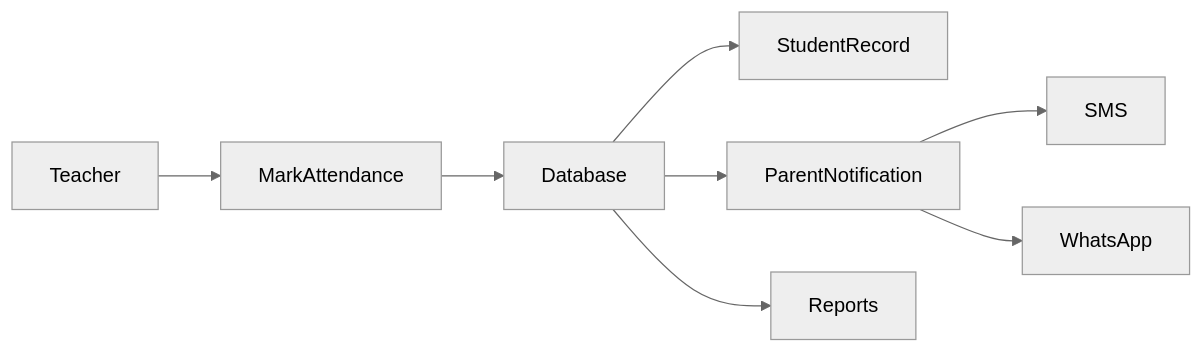
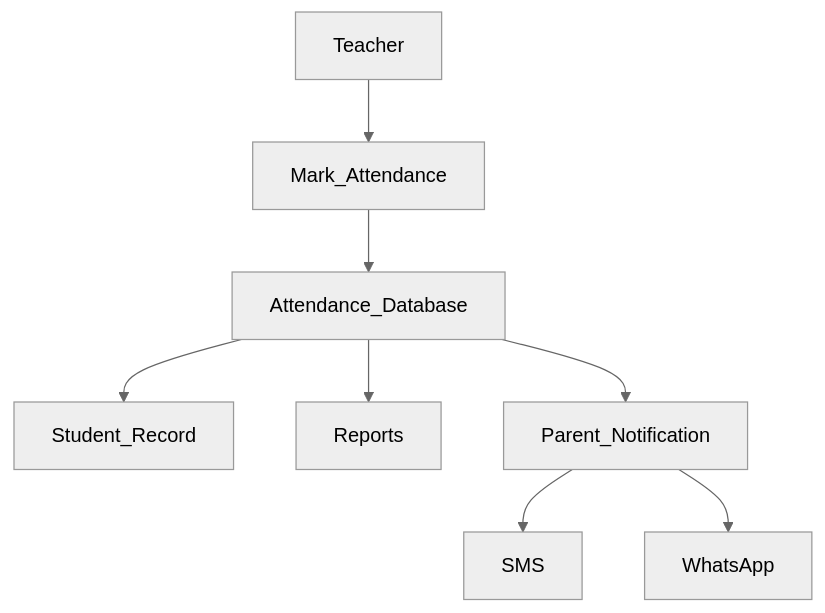
Before and after one commit to Edviora-Organization/.github: the second of 7 diagrams in profile/README.md, drawn with Mermaid (neutral theme). The commit also changed other lines of this file, not shown here.

````diff
--- a/profile/README.md
+++ b/profile/README.md
@@ -314,17 +225,11 @@
 ```mermaid
-flowchart LR
+flowchart TD
 
-Teacher --> MarkAttendance
-
-MarkAttendance --> Database
-
-Database --> StudentRecord
-
-Database --> ParentNotification
-
-ParentNotification --> SMS
-
-ParentNotification --> WhatsApp
-
-Database --> Reports
+Teacher --> Mark_Attendance
+Mark_Attendance --> Attendance_Database
+Attendance_Database --> Student_Record
+Attendance_Database --> Reports
+Attendance_Database --> Parent_Notification
+Parent_Notification --> SMS
+Parent_Notification --> WhatsApp
 ```
````
